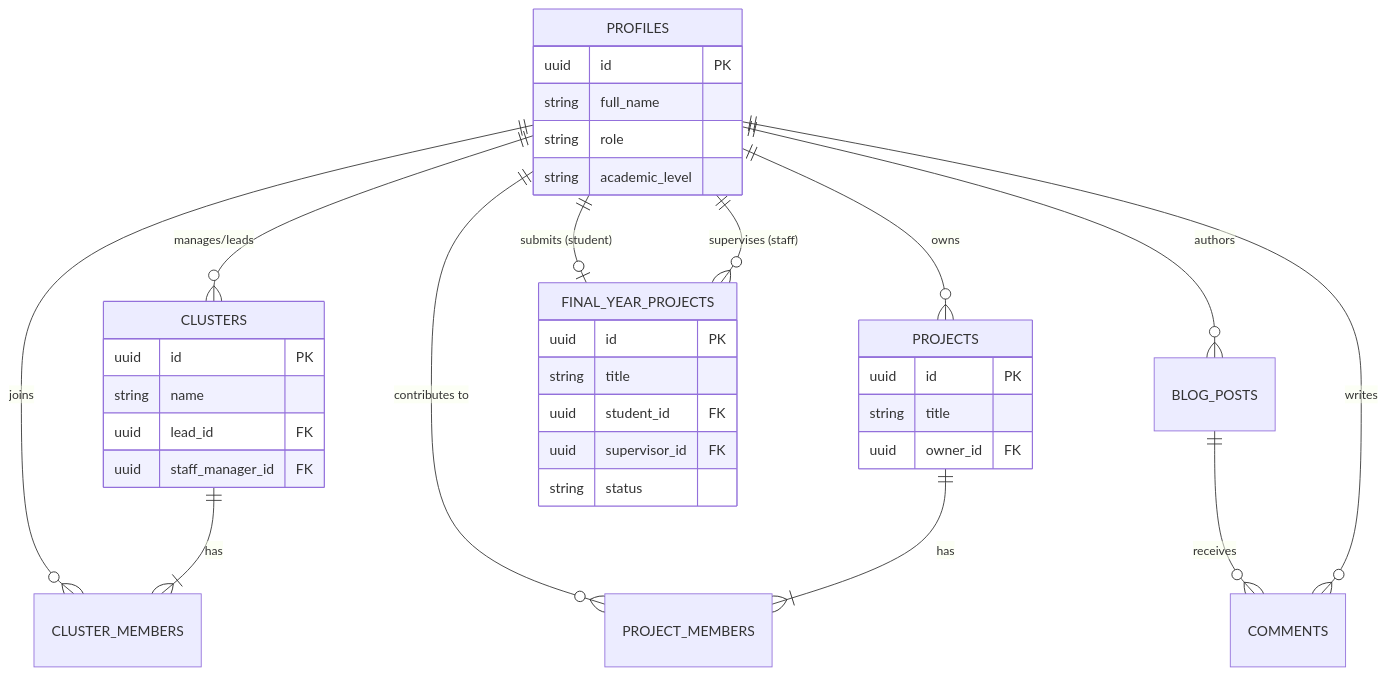
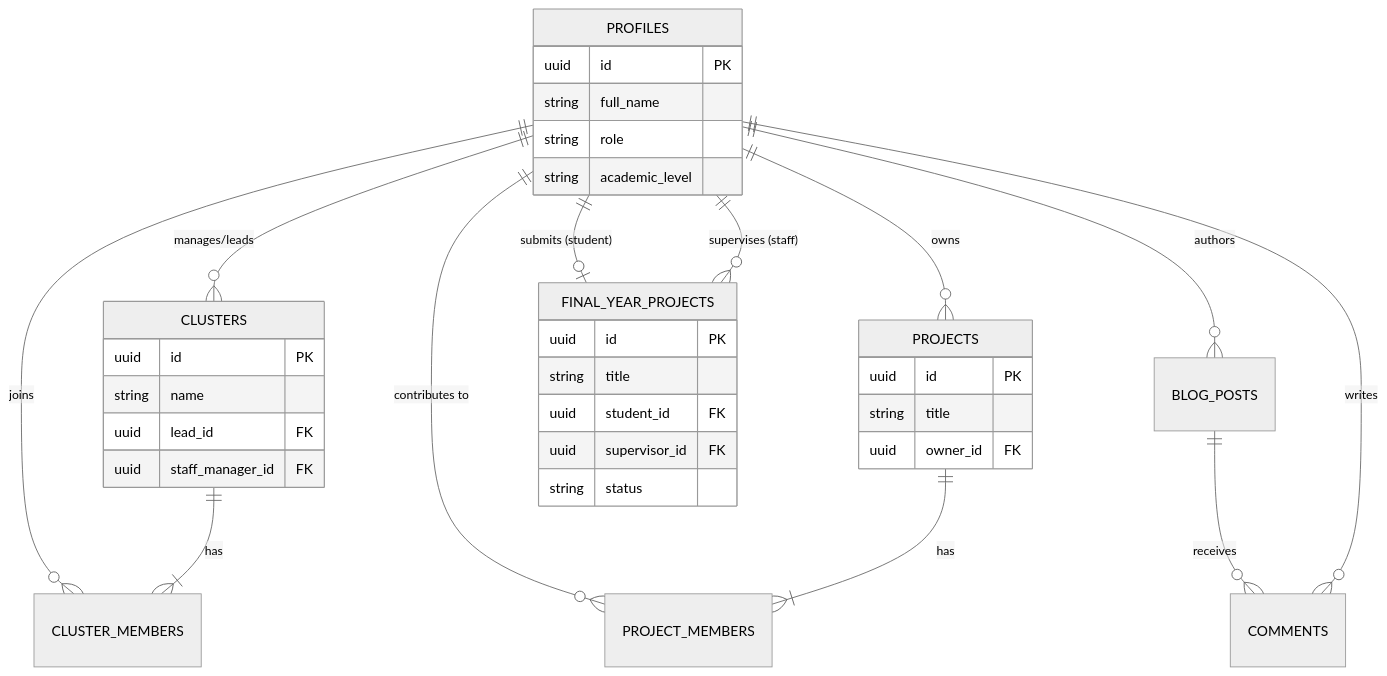
One commit to Abdulhalim7177/fyb.swebuk changed the fourth of 4 diagrams in README.md. Above: the diagram before and after it, drawn with Mermaid. The commit also changed other lines of this file and 10 other files, not shown here.

First line of the commit message:
Update docs: Light-theme UMLs, Activity Diagrams, and Module READMEs

````diff
--- a/README.md
+++ b/README.md
@@ -258,45 +309,46 @@
 ```mermaid
+%%{init: {'theme':'neutral'}}%%
 erDiagram
     PROFILES ||--o{ CLUSTERS : "manages/leads"
     PROFILES ||--o{ CLUSTER_MEMBERS : "joins"
     CLUSTERS ||--|{ CLUSTER_MEMBERS : "has"
 
     PROFILES ||--o{ PROJECTS : "owns"
     PROFILES ||--o{ PROJECT_MEMBERS : "contributes to"
     PROJECTS ||--|{ PROJECT_MEMBERS : "has"
 
     PROFILES ||--o{ BLOG_POSTS : "authors"
     BLOG_POSTS ||--o{ COMMENTS : "receives"
     PROFILES ||--o{ COMMENTS : "writes"
 
     PROFILES ||--o| FINAL_YEAR_PROJECTS : "submits (student)"
     PROFILES ||--o{ FINAL_YEAR_PROJECTS : "supervises (staff)"
 
     PROFILES {
         uuid id PK
         string full_name
         string role
         string academic_level
     }
 
     CLUSTERS {
         uuid id PK
         string name
         uuid lead_id FK
         uuid staff_manager_id FK
     }
 
     PROJECTS {
         uuid id PK
         string title
         uuid owner_id FK
     }
 
     FINAL_YEAR_PROJECTS {
         uuid id PK
         string title
         uuid student_id FK
         uuid supervisor_id FK
         string status
     }
 ```
````
